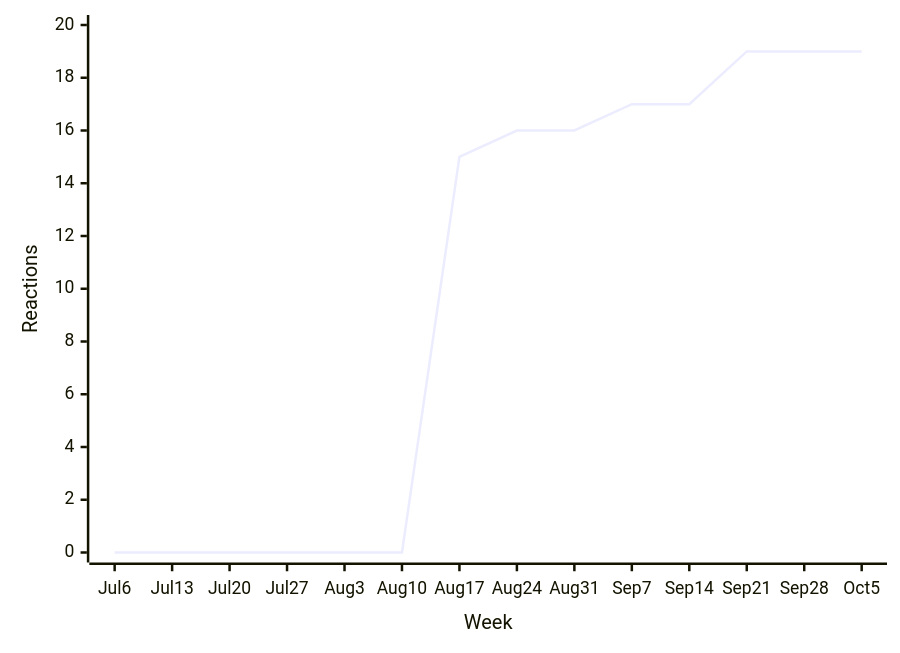
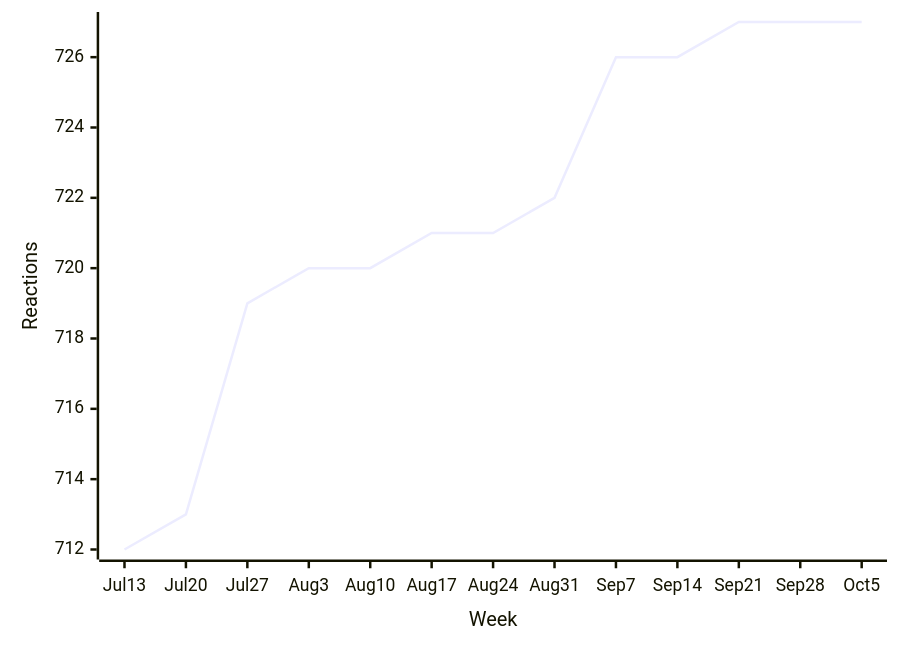
One commit to loic-sharma/github-insights changed the ninth of 34 diagrams in README.md. Above: the diagram before and after it, drawn with Mermaid. The commit also changed other lines of this file and 3 other files, not shown here.

````diff
--- a/README.md
+++ b/README.md
@@ -460,6 +460,6 @@
   ```mermaid
   xychart-beta
-    x-axis "Week" [Jul 6, Jul 13, Jul 20, Jul 27, Aug 3, Aug 10, Aug 17, Aug 24, Aug 31, Sep 7, Sep 14, Sep 21, Sep 28, Oct 5]
-    y-axis "Reactions" 0 --> 20
-    line [0, 0, 0, 0, 0, 0, 15, 16, 16, 17, 17, 19, 19, 19]
+    x-axis "Week" [Jul 13, Jul 20, Jul 27, Aug 3, Aug 10, Aug 17, Aug 24, Aug 31, Sep 7, Sep 14, Sep 21, Sep 28, Oct 5]
+    y-axis "Reactions"
+    line [712, 713, 719, 720, 720, 721, 721, 722, 726, 726, 727, 727, 727]
   ```
````
